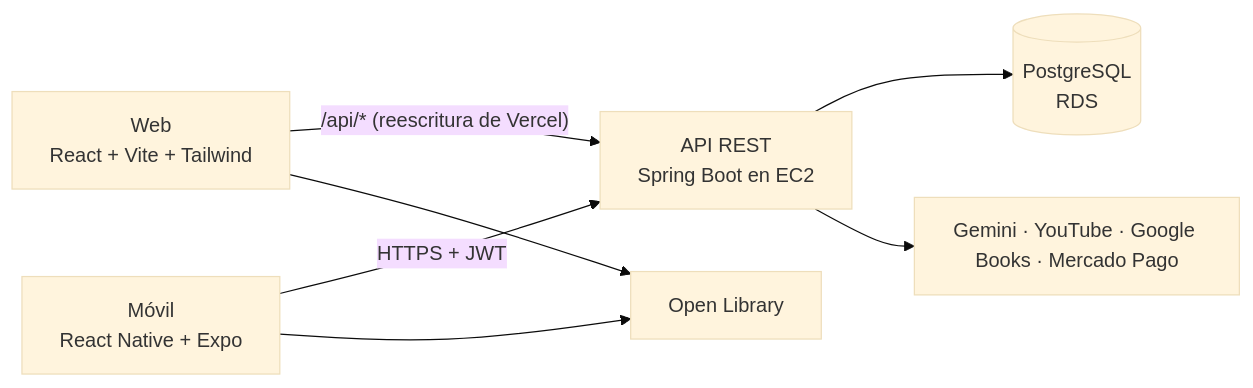
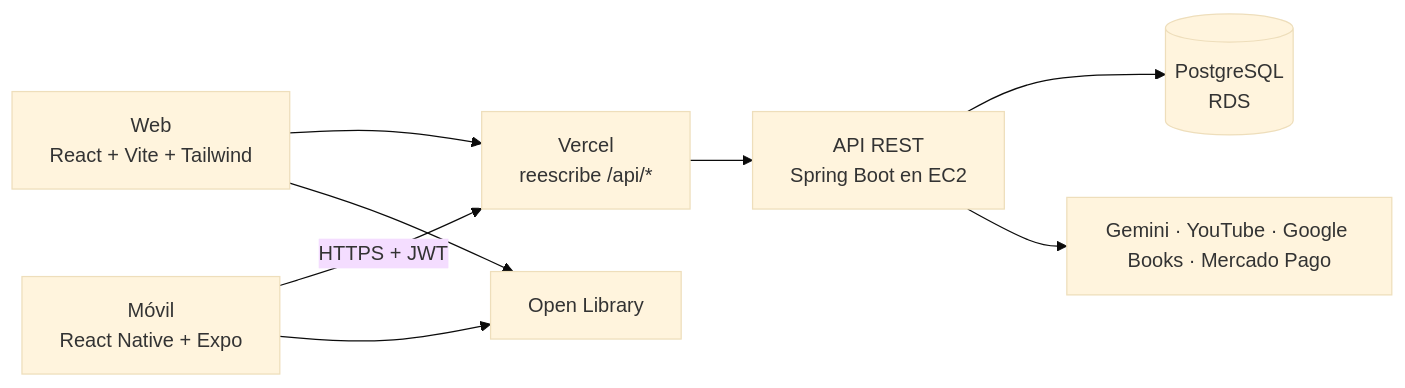
One commit to marcobautista-sketch/rumbou-frontend changed the diagram in README.md. Above: the diagram before and after it, drawn with Mermaid (base theme). The commit also changed other lines of this file, not shown here.

Commit message:
README: URLs de produccion de la web y el movil, y el movil entrando por Vercel

````diff
--- a/README.md
+++ b/README.md
@@ -19,9 +19,10 @@
 ```mermaid
 flowchart LR
-  web["Web<br/>React + Vite + Tailwind"] -->|"/api/* (reescritura de Vercel)"| api
-  app["Móvil<br/>React Native + Expo"] -->|HTTPS + JWT| api
+  web["Web<br/>React + Vite + Tailwind"] --> vercel
+  app["Móvil<br/>React Native + Expo"] -->|HTTPS + JWT| vercel
+  vercel["Vercel<br/>reescribe /api/*"] --> api
   api["API REST<br/>Spring Boot en EC2"] --> db[("PostgreSQL<br/>RDS")]
   api --> ext["Gemini · YouTube · Google Books · Mercado Pago"]
   app --> ol["Open Library"]
   web --> ol
 ```
````
